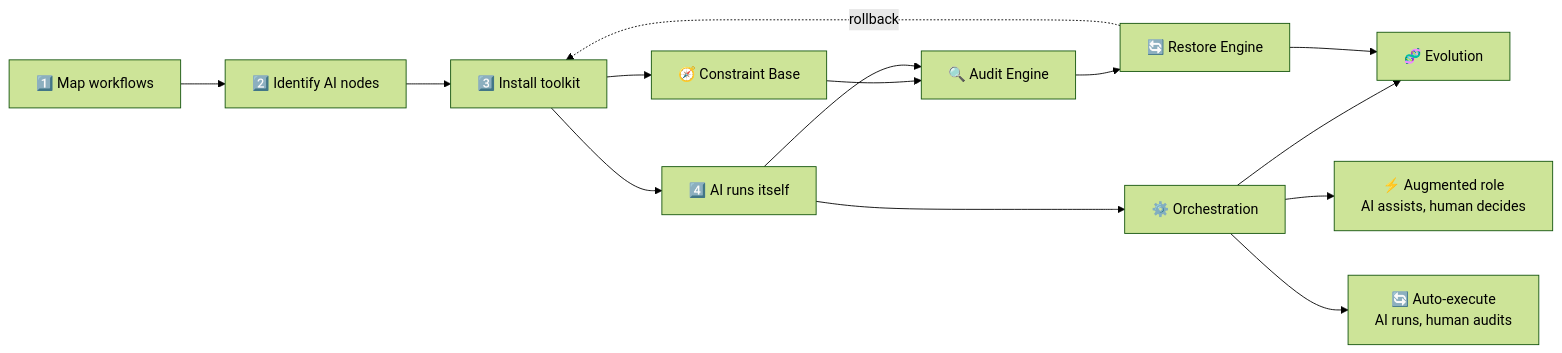
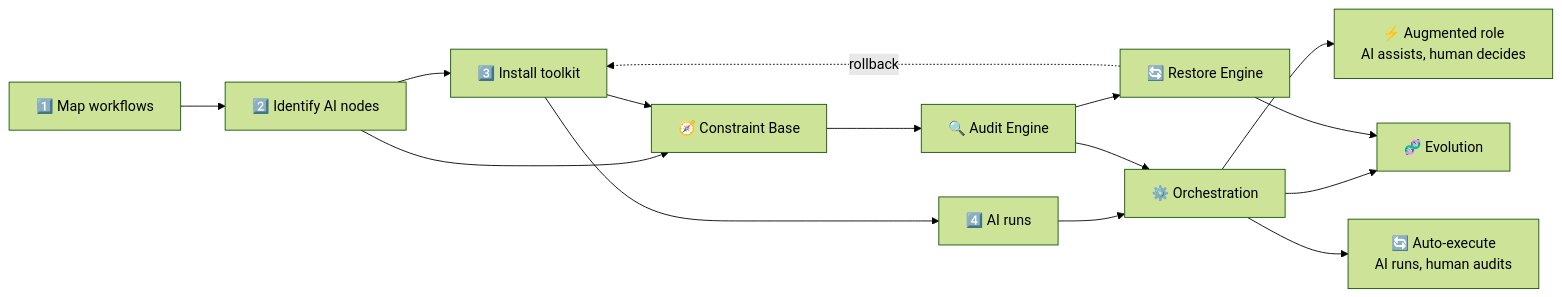
The first of 5 diagrams in README.en.md (KongFangXun/sofagent), drawn with Mermaid (forest theme) before and after one commit. The commit also changed 1 other file, not shown here.

Commit message:
docs: FDE Mermaid引擎从第2步展开 — 约束→审计→回溯左置，编排→进化右置，更紧凑

````diff
--- a/README.en.md
+++ b/README.en.md
@@ -87,19 +87,14 @@
 ```mermaid
 graph LR
     A["1️⃣ Map workflows"] --> B["2️⃣ Identify AI nodes"]
-    B --> C["3️⃣ Install toolkit"]
-    C --> D["4️⃣ AI runs itself"]
+    B --> C["3️⃣ Install toolkit"] --> D["4️⃣ AI runs"]
 
-    C --> E["🧭 Constraint Base"]
-    E --> F["🔍 Audit Engine"]
-    F --> G["🔄 Restore Engine"]
-    D --> F
-
-    D --> H["⚙️ Orchestration"]
-    H --> I["🧬 Evolution"]
+    B --> E["🧭 Constraint Base"] --> F["🔍 Audit Engine"] --> G["🔄 Restore Engine"]
+    C --> E
+    D --> H["⚙️ Orchestration"] --> I["🧬 Evolution"]
+    F --> H
     G --> I
-
     H --> J["⚡ Augmented role<br/>AI assists, human decides"]
     H --> K["🔄 Auto-execute<br/>AI runs, human audits"]
     G -.-> |rollback| C
 ```
````
